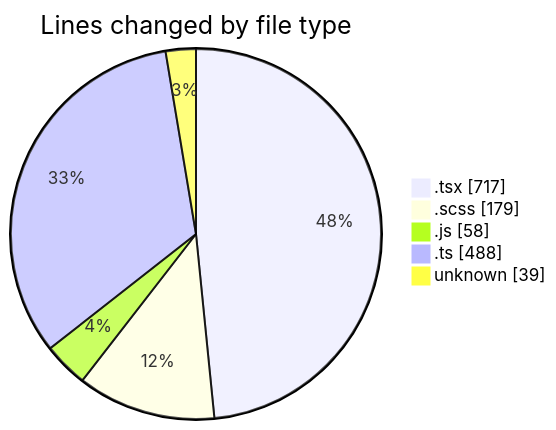
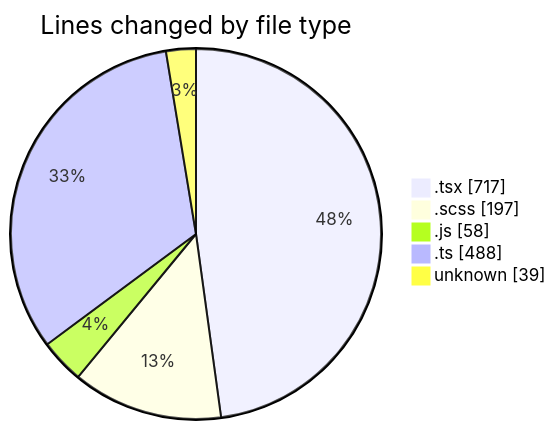
Before and after one commit to momahboobian/code-tracking: the first of 2 diagrams in 2025-05-02/cda/README.md, drawn with Mermaid. The commit also changed other lines of this file and 1 other file, not shown here.

````diff
--- a/2025-05-02/cda/README.md
+++ b/2025-05-02/cda/README.md
@@ -28,9 +28,9 @@
 ```mermaid
 pie showData
 title Lines changed by file type
 ".tsx" : 717
-".scss" : 179
+".scss" : 197
 ".js" : 58
 ".ts" : 488
 "unknown" : 39
 ```
````
